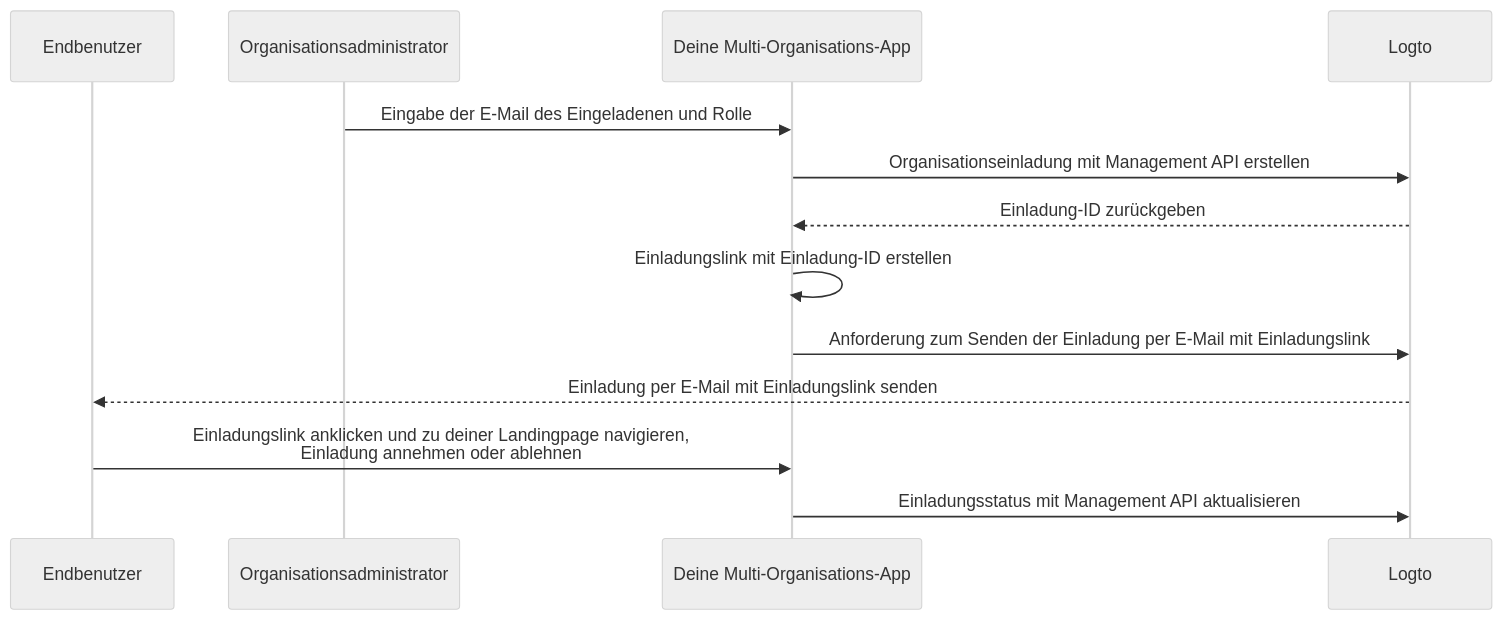
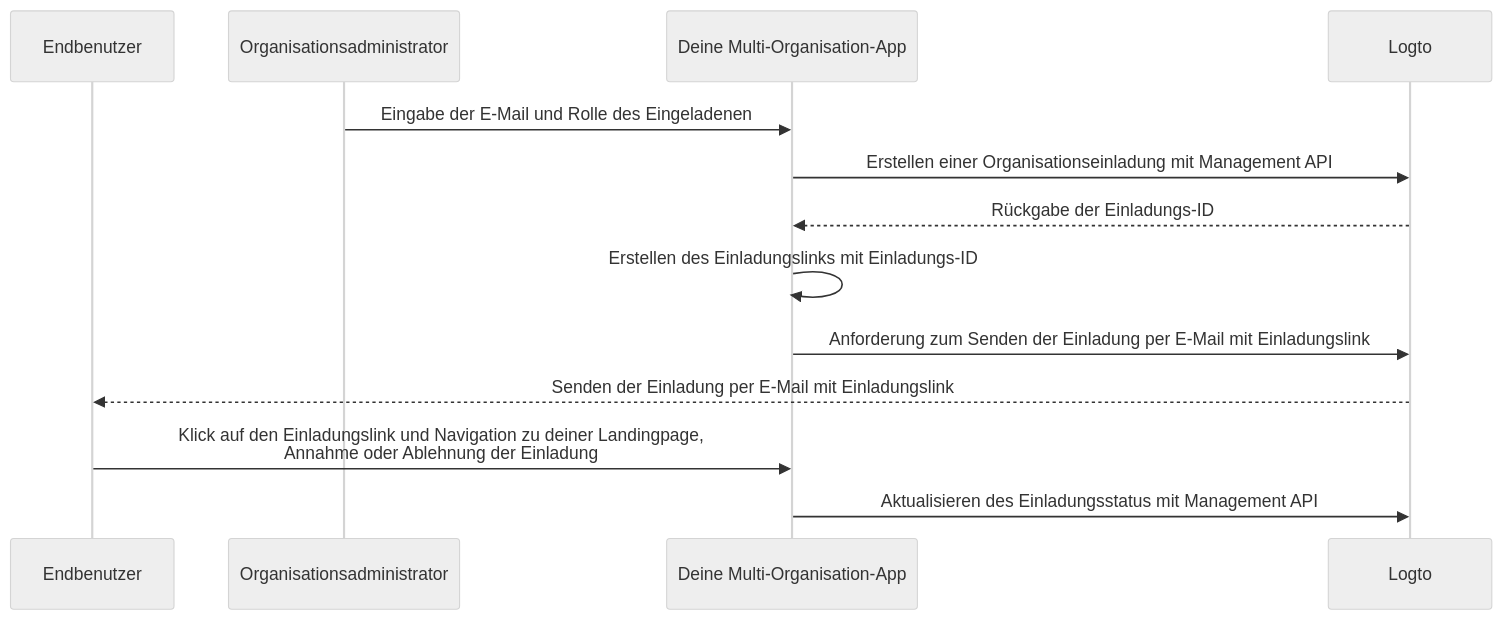
One commit to logto-io/docs changed the diagram in i18n/de/docusaurus-plugin-content-docs/current/end-user-flows/organization-experience/invite-organization-members.mdx. Above: the diagram before and after it, drawn with Mermaid (neutral theme). The commit also changed other lines of this file and 407 other files, not shown here.

````diff
--- a/i18n/de/docusaurus-plugin-content-docs/current/end-user-flows/organization-experience/invite-organization-members.mdx
+++ b/i18n/de/docusaurus-plugin-content-docs/current/end-user-flows/organization-experience/invite-organization-members.mdx
@@ -13,16 +13,16 @@
 ```mermaid
 sequenceDiagram
 	Participant U as Endbenutzer
   Participant A as Organisationsadministrator
-  Participant C as Deine Multi-Organisations-App
+  Participant C as Deine Multi-Organisation-App
 	Participant L as Logto
 
-  A ->> C: Eingabe der E-Mail des Eingeladenen und Rolle
-  C ->> L: Organisationseinladung mit Management API erstellen
-  L -->> C: Einladung-ID zurückgeben
-  C ->> C: Einladungslink mit Einladung-ID erstellen
+  A ->> C: Eingabe der E-Mail und Rolle des Eingeladenen
+  C ->> L: Erstellen einer Organisationseinladung mit Management API
+  L -->> C: Rückgabe der Einladungs-ID
+  C ->> C: Erstellen des Einladungslinks mit Einladungs-ID
   C ->> L: Anforderung zum Senden der Einladung per E-Mail mit Einladungslink
-  L -->> U: Einladung per E-Mail mit Einladungslink senden
-  U ->> C: Einladungslink anklicken und zu deiner Landingpage navigieren,<br /> Einladung annehmen oder ablehnen
-  C ->> L: Einladungsstatus mit Management API aktualisieren
+  L -->> U: Senden der Einladung per E-Mail mit Einladungslink
+  U ->> C: Klick auf den Einladungslink und Navigation zu deiner Landingpage,<br /> Annahme oder Ablehnung der Einladung
+  C ->> L: Aktualisieren des Einladungsstatus mit Management API
 ```
````
